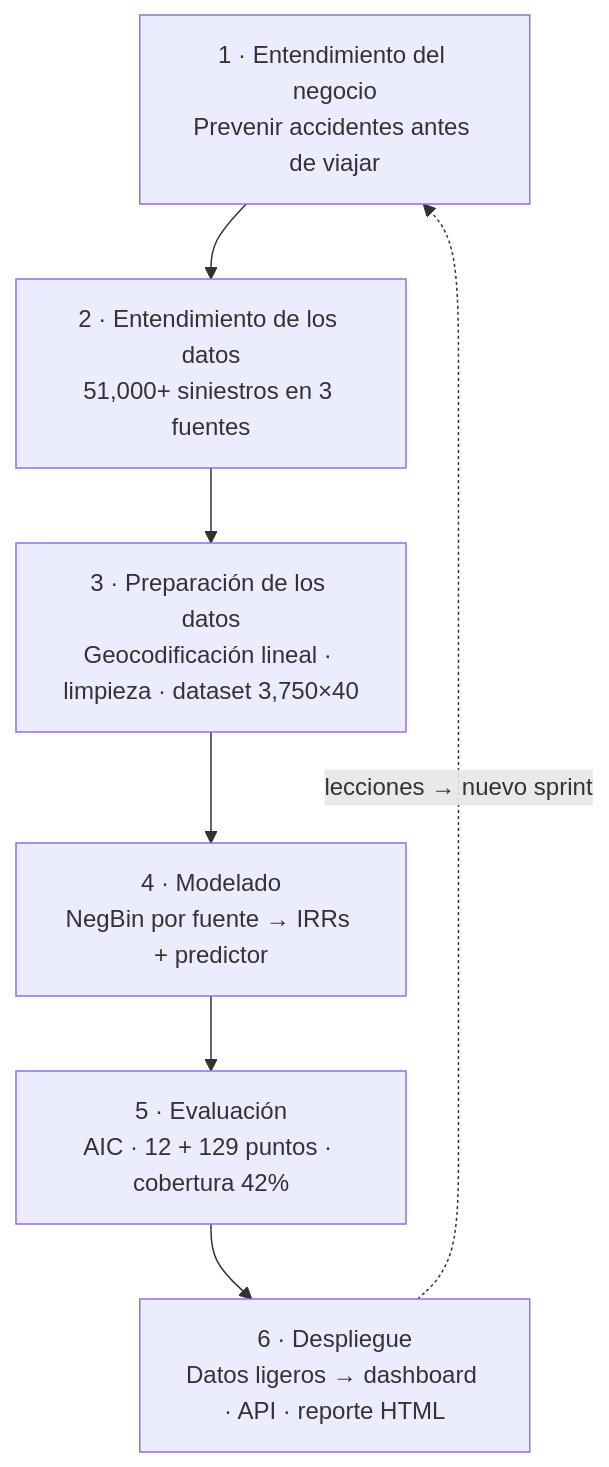
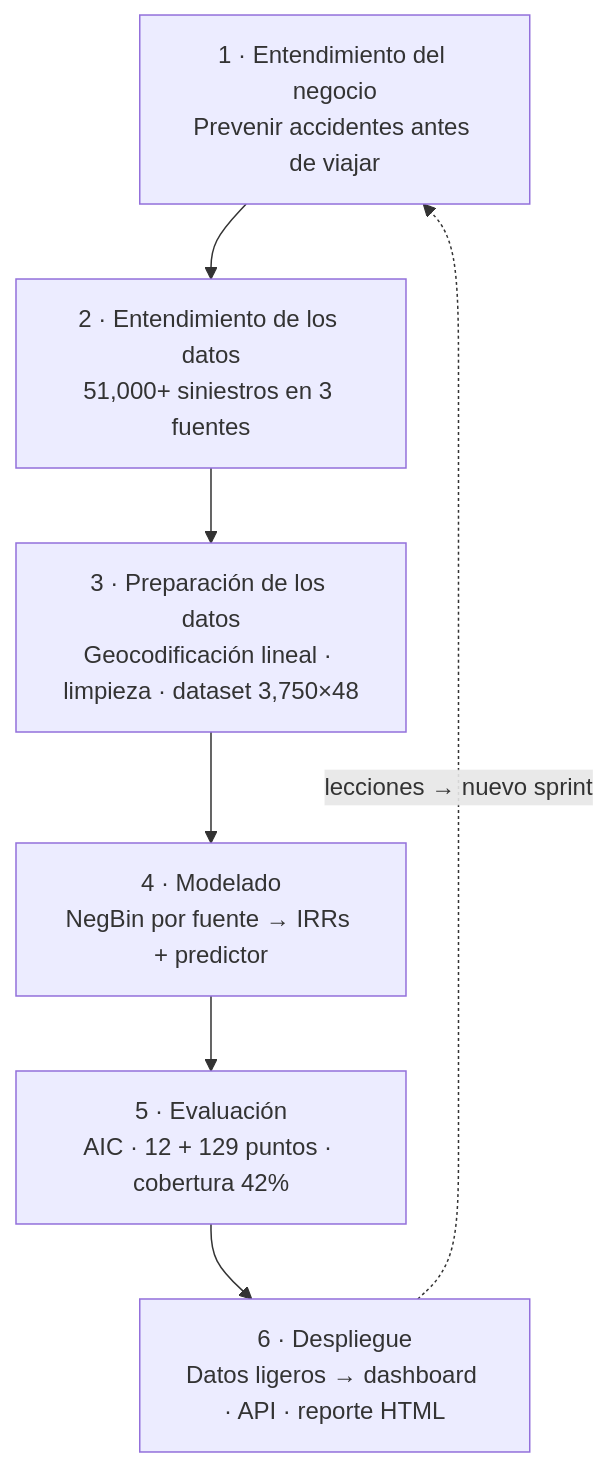
The fourth of 5 diagrams in README.md (Lobitoxxx/SIPAT), drawn with Mermaid before and after one commit. The commit also changed other lines of this file and 44 other files, not shown here.

````diff
--- a/README.md
+++ b/README.md
@@ -300,9 +300,9 @@
 ```mermaid
 flowchart TB
     A["1 · Entendimiento del negocio<br/>Prevenir accidentes antes de viajar"] --> B["2 · Entendimiento de los datos<br/>51,000+ siniestros en 3 fuentes"]
-    B --> C["3 · Preparación de los datos<br/>Geocodificación lineal · limpieza · dataset 3,750×40"]
+    B --> C["3 · Preparación de los datos<br/>Geocodificación lineal · limpieza · dataset 3,750×48"]
     C --> D["4 · Modelado<br/>NegBin por fuente → IRRs + predictor"]
     D --> E["5 · Evaluación<br/>AIC · 12 + 129 puntos · cobertura 42%"]
     E --> F["6 · Despliegue<br/>Datos ligeros → dashboard · API · reporte HTML"]
     F -. "lecciones → nuevo sprint" .-> A
 ```
````
